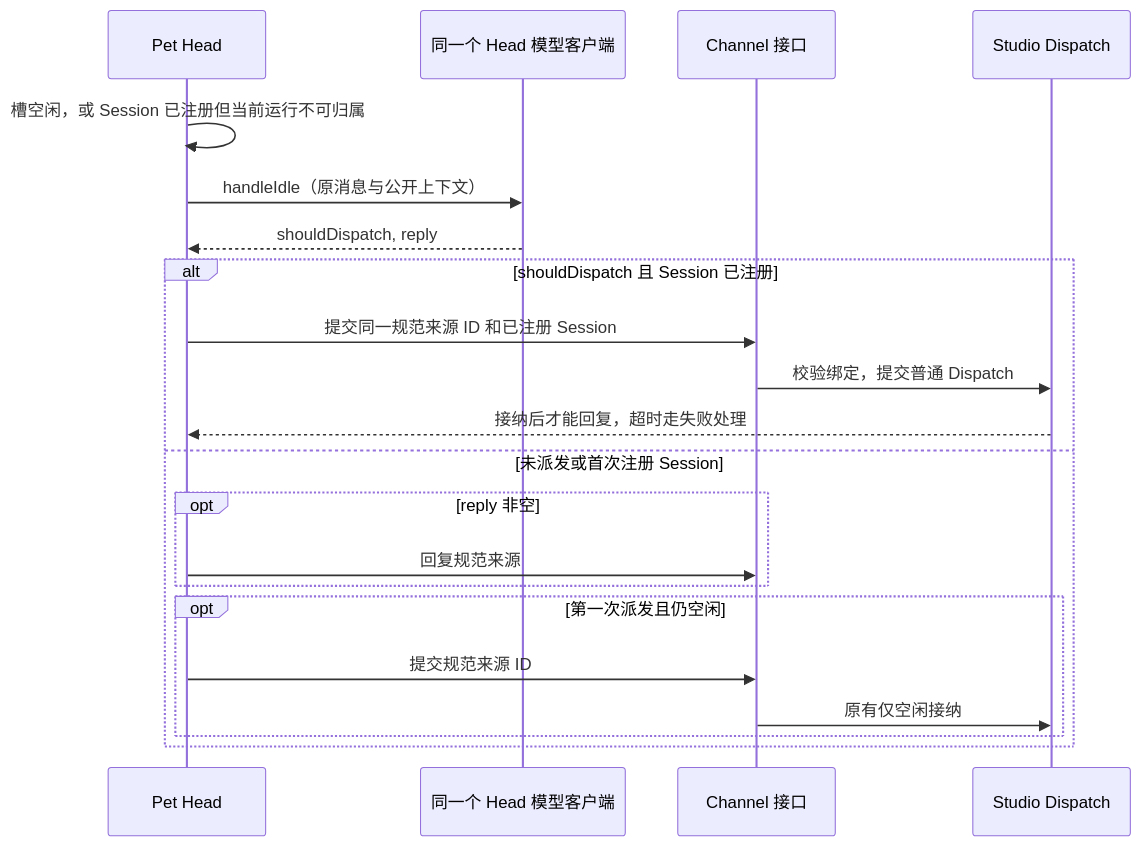
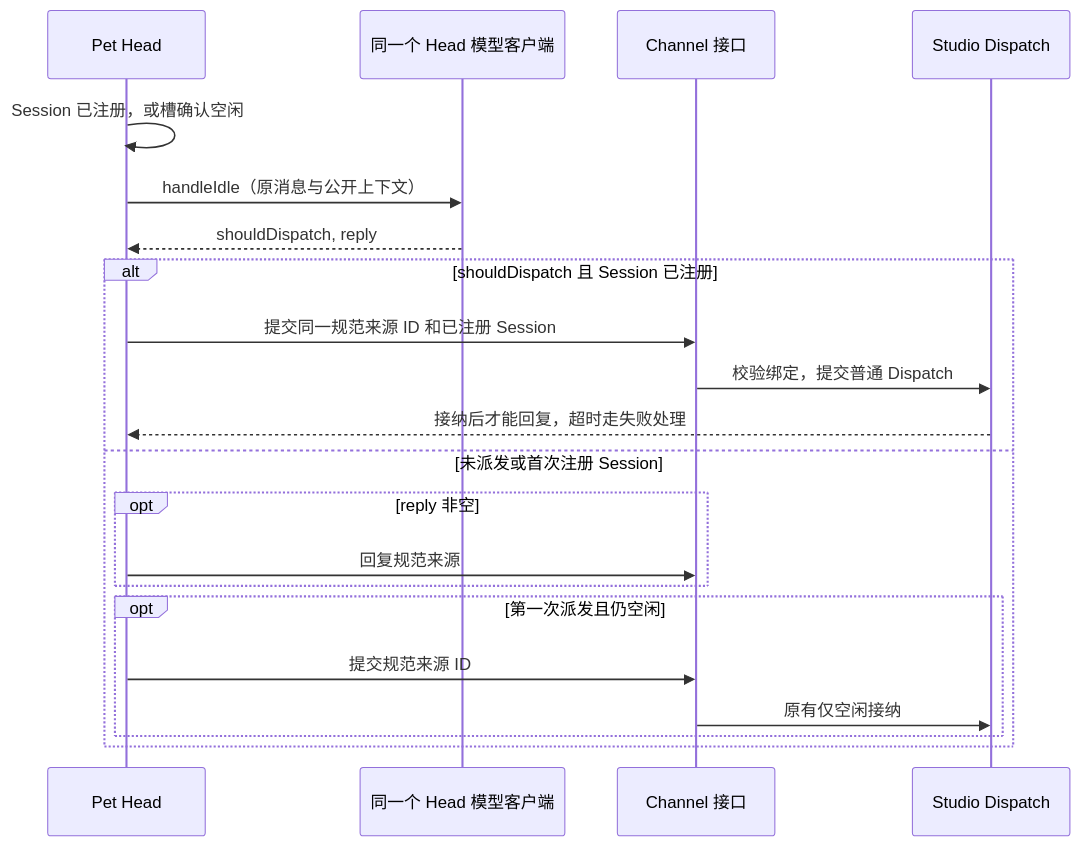
One commit to pinpawo/pinpawo-agent changed the third of 5 diagrams in docs/design/studio/pet-head-mechanism.md. Above: the diagram before and after it, drawn with Mermaid. The commit also changed other lines of this file and 4 other files, not shown here.

````diff
--- a/docs/design/studio/pet-head-mechanism.md
+++ b/docs/design/studio/pet-head-mechanism.md
@@ -80,23 +81,23 @@
 ```mermaid
 sequenceDiagram
     participant H as Pet Head
     participant M as 同一个 Head 模型客户端
     participant C as Channel 接口
     participant D as Studio Dispatch
-    H->>H: 槽空闲，或 Session 已注册但当前运行不可归属
+    H->>H: Session 已注册，或槽确认空闲
     H->>M: handleIdle（原消息与公开上下文）
     M-->>H: shouldDispatch, reply
     alt shouldDispatch 且 Session 已注册
         H->>C: 提交同一规范来源 ID 和已注册 Session
         C->>D: 校验绑定，提交普通 Dispatch
         D-->>H: 接纳后才能回复，超时走失败处理
     else 未派发或首次注册 Session
         opt reply 非空
             H->>C: 回复规范来源
         end
         opt 第一次派发且仍空闲
             H->>C: 提交规范来源 ID
             C->>D: 原有仅空闲接纳
         end
     end
 ```
````
